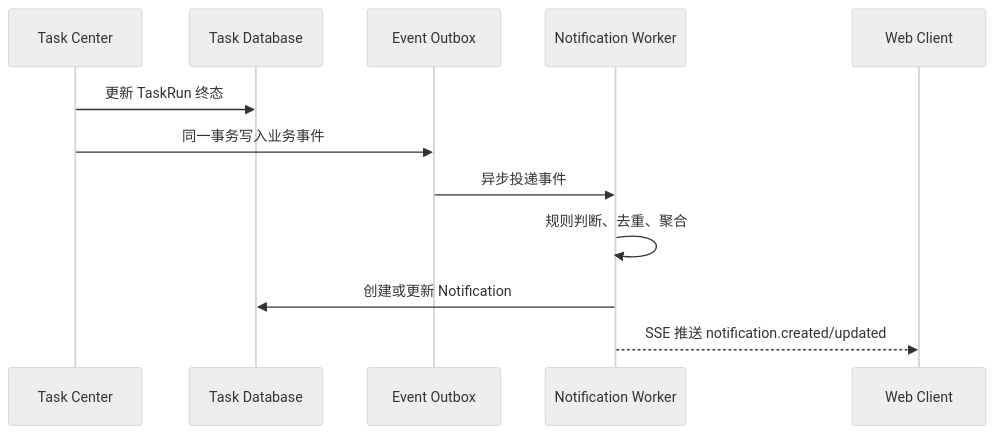
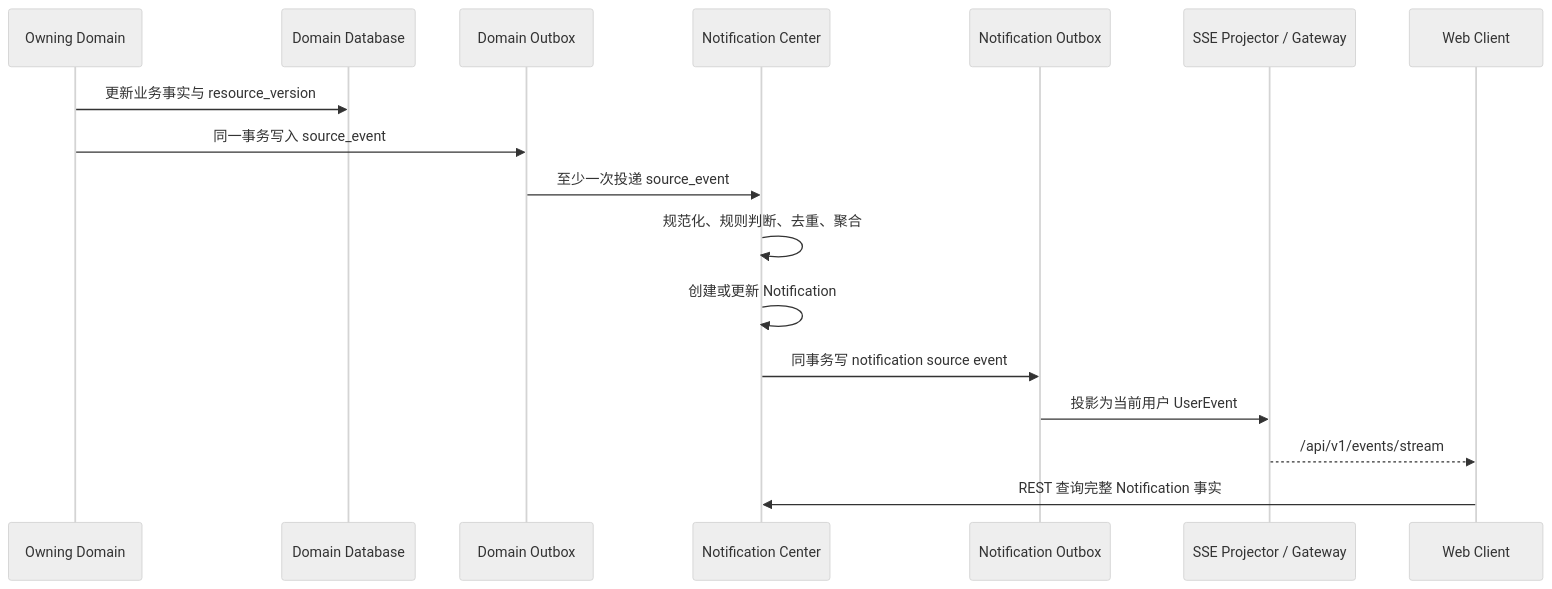
The third of 4 diagrams in 00_product/domains/notification-center/product-spec.md (wangweihong/omnimam-spec), drawn with Mermaid (neutral theme) before and after one commit. The commit also changed other lines of this file and 16 other files, not shown here.

Commit message:
spec: define notification center contracts

````diff
--- a/00_product/domains/notification-center/product-spec.md
+++ b/00_product/domains/notification-center/product-spec.md
@@ -931,15 +1069,20 @@
 ```mermaid
 sequenceDiagram
-    participant T as Task Center
-    participant DB as Task Database
-    participant O as Event Outbox
-    participant N as Notification Worker
+    participant D as Owning Domain
+    participant DB as Domain Database
+    participant O as Domain Outbox
+    participant N as Notification Center
+    participant NO as Notification Outbox
+    participant S as SSE Projector / Gateway
     participant UI as Web Client
 
-    T->>DB: 更新 TaskRun 终态
-    T->>O: 同一事务写入业务事件
-    O->>N: 异步投递事件
-    N->>N: 规则判断、去重、聚合
-    N->>DB: 创建或更新 Notification
-    N-->>UI: SSE 推送 notification.created/updated
+    D->>DB: 更新业务事实与 resource_version
+    D->>O: 同一事务写入 source_event
+    O->>N: 至少一次投递 source_event
+    N->>N: 规范化、规则判断、去重、聚合
+    N->>N: 创建或更新 Notification
+    N->>NO: 同事务写 notification source event
+    NO->>S: 投影为当前用户 UserEvent
+    S-->>UI: /api/v1/events/stream
+    UI->>N: REST 查询完整 Notification 事实
 ```
````
